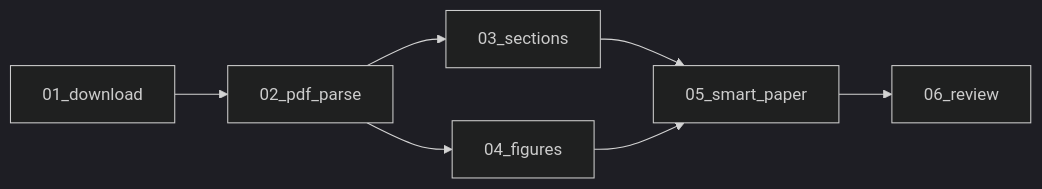
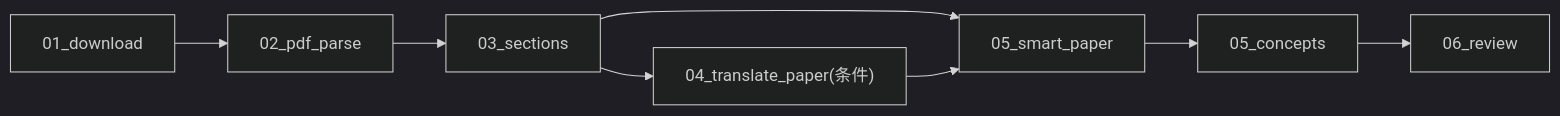
The sixth of 9 diagrams in docs/01-architecture.md (Gwzlchn/Flori), drawn with Mermaid (dark theme) before and after one commit. The commit also changed 57 other files, not shown here.

````diff
--- a/docs/01-architecture.md
+++ b/docs/01-architecture.md
@@ -202,9 +202,10 @@
 ```mermaid
 graph LR
     dl_p["01_download"] --> parse["02_pdf_parse"]
     parse --> sections["03_sections"]
-    parse --> figures["04_figures"]
+    sections --> translate_p["04_translate_paper(条件)"]
     sections --> smart_p["05_smart_paper"]
-    figures --> smart_p
-    smart_p --> review_p["06_review"]
+    translate_p --> smart_p
+    smart_p --> concepts_p["05_concepts"]
+    concepts_p --> review_p["06_review"]
 ```
````
